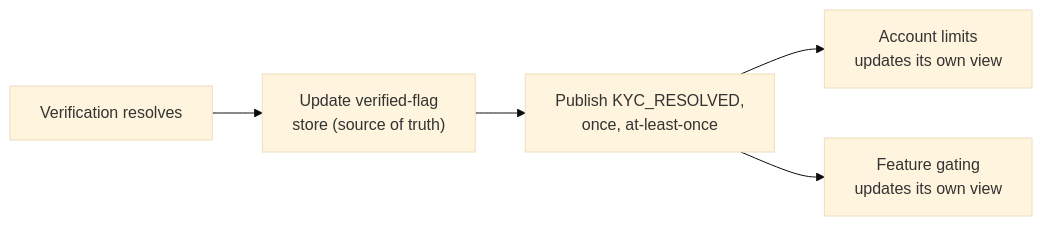
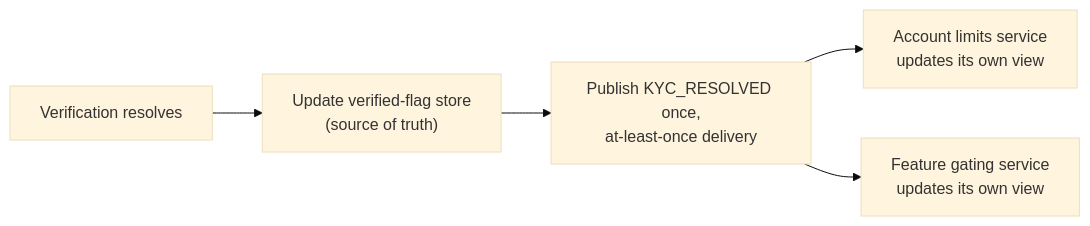
Before and after one commit to riyaz-pasha/Learnings: the eighth of 13 diagrams in system-design/HLD/0-course/50-National-ID-KYC-Verification-System-FAANG-Guide-story.md, drawn with Mermaid (base theme). The commit also changed other lines of this file and 1 other file, not shown here.

Commit message:
[REWRITE] National ID KYC Verification story guide: simplify prose, add structure, fix diagrams

````diff
--- a/system-design/HLD/0-course/50-National-ID-KYC-Verification-System-FAANG-Guide-story.md
+++ b/system-design/HLD/0-course/50-National-ID-KYC-Verification-System-FAANG-Guide-story.md
@@ -322,7 +487,7 @@
 ```mermaid
 flowchart LR
-    A["Verification resolves"] --> B["Update verified-flag\nstore (source of truth)"]
-    B --> C["Publish KYC_RESOLVED,\nonce, at-least-once"]
-    C --> D["Account limits\nupdates its own view"]
-    C --> E["Feature gating\nupdates its own view"]
+    A["Verification resolves"] --> B["Update verified-flag store<br/>(source of truth)"]
+    B --> C["Publish KYC_RESOLVED once,<br/>at-least-once delivery"]
+    C --> D["Account limits service<br/>updates its own view"]
+    C --> E["Feature gating service<br/>updates its own view"]
 ```
````
